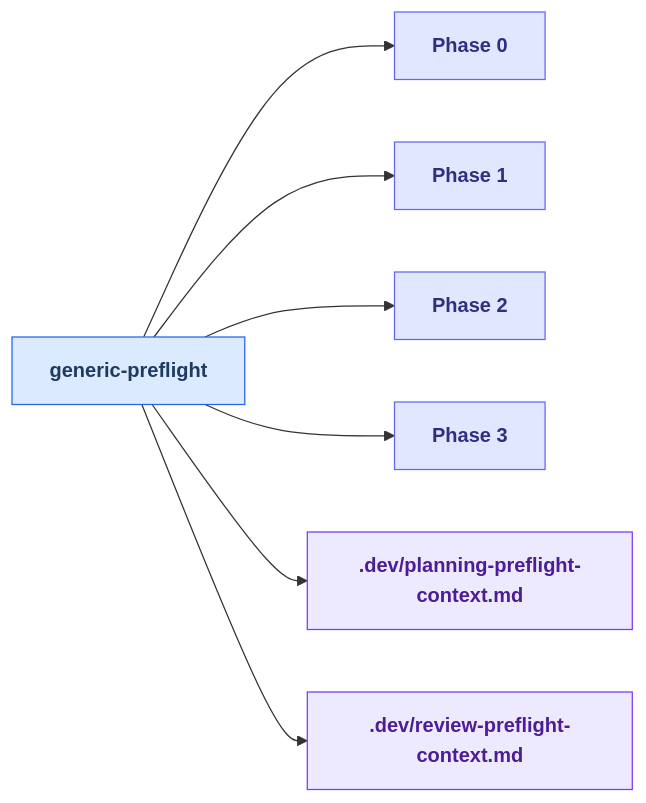
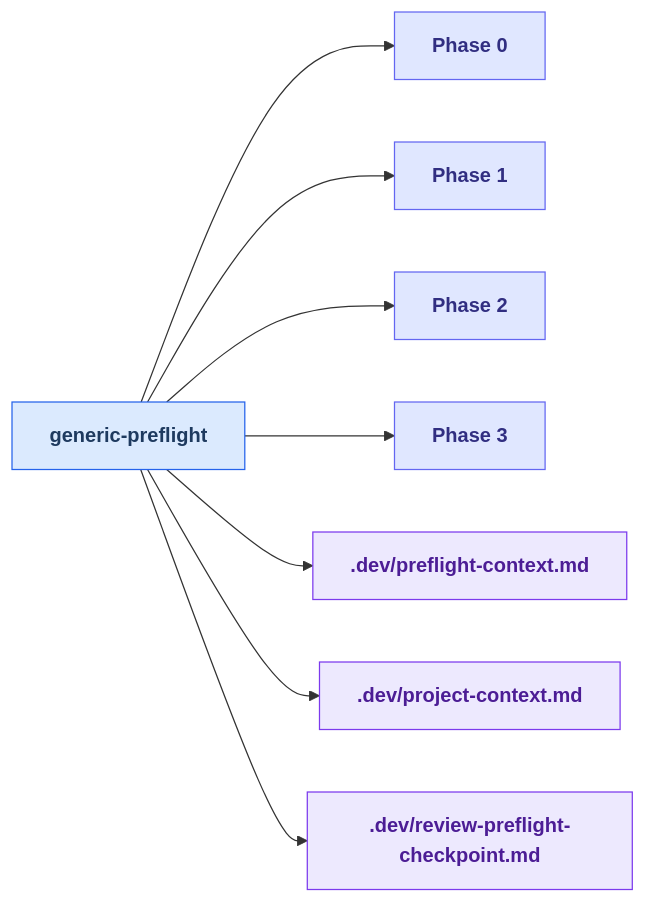
Before and after one commit to russell-laing/al-dev-shared: the ninth of 25 diagrams in docs/skills_map.md, drawn with Mermaid. The commit also changed other lines of this file and 14 other files, not shown here.

````diff
--- a/docs/skills_map.md
+++ b/docs/skills_map.md
@@ -458,31 +453,34 @@
 ```mermaid
 flowchart LR
     classDef skillNode fill:#dbeafe,stroke:#2563eb,color:#1e3a5f,font-weight:bold
     classDef agentNode fill:#d1fae5,stroke:#059669,color:#064e3b,font-weight:bold
     classDef knowledgeNode fill:#fef3c7,stroke:#d97706,color:#78350f,font-weight:bold
     classDef artifactNode fill:#ede9fe,stroke:#7c3aed,color:#4c1d95,font-weight:bold
     classDef phaseNode fill:#e0e7ff,stroke:#6366f1,color:#312e81,font-weight:bold
 
     skill_generic_preflight[generic-preflight]
     Phase0["Phase 0"]
     Phase1["Phase 1"]
     Phase2["Phase 2"]
     Phase3["Phase 3"]
-    artifact_planning_preflight_context_md[.dev/planning-preflight-context.md]
-    artifact_review_preflight_context_md[.dev/review-preflight-context.md]
+    artifact_preflight_context_md[.dev/preflight-context.md]
+    artifact_project_context_md[.dev/project-context.md]
+    artifact_review_preflight_checkpoint_md[.dev/review-preflight-checkpoint.md]
 
     skill_generic_preflight --> Phase0
     skill_generic_preflight --> Phase1
     skill_generic_preflight --> Phase2
     skill_generic_preflight --> Phase3
-    skill_generic_preflight --> artifact_planning_preflight_context_md
-    skill_generic_preflight --> artifact_review_preflight_context_md
+    skill_generic_preflight --> artifact_preflight_context_md
+    skill_generic_preflight --> artifact_project_context_md
+    skill_generic_preflight --> artifact_review_preflight_checkpoint_md
 
     class skill_generic_preflight skillNode
     class Phase0 phaseNode
     class Phase1 phaseNode
     class Phase2 phaseNode
     class Phase3 phaseNode
-    class artifact_planning_preflight_context_md artifactNode
-    class artifact_review_preflight_context_md artifactNode
+    class artifact_preflight_context_md artifactNode
+    class artifact_project_context_md artifactNode
+    class artifact_review_preflight_checkpoint_md artifactNode
 ```
````
